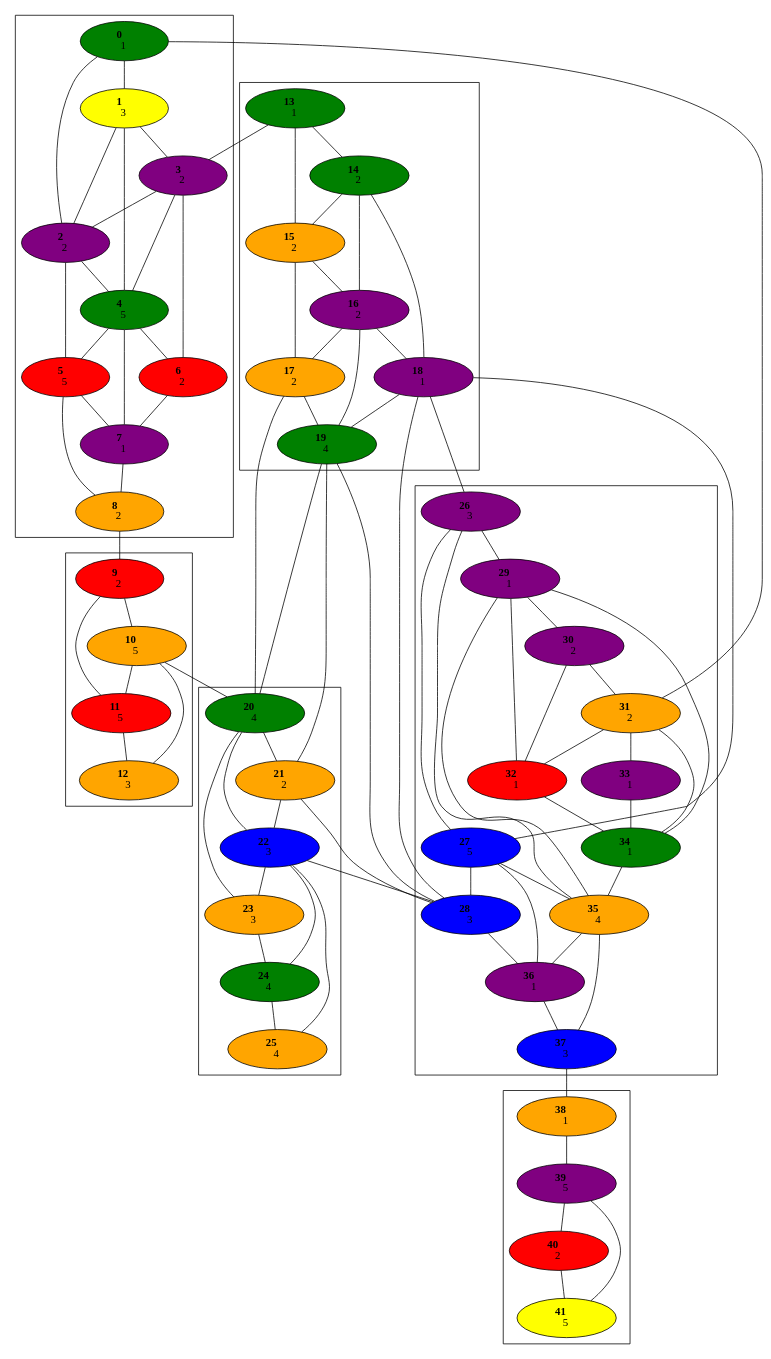
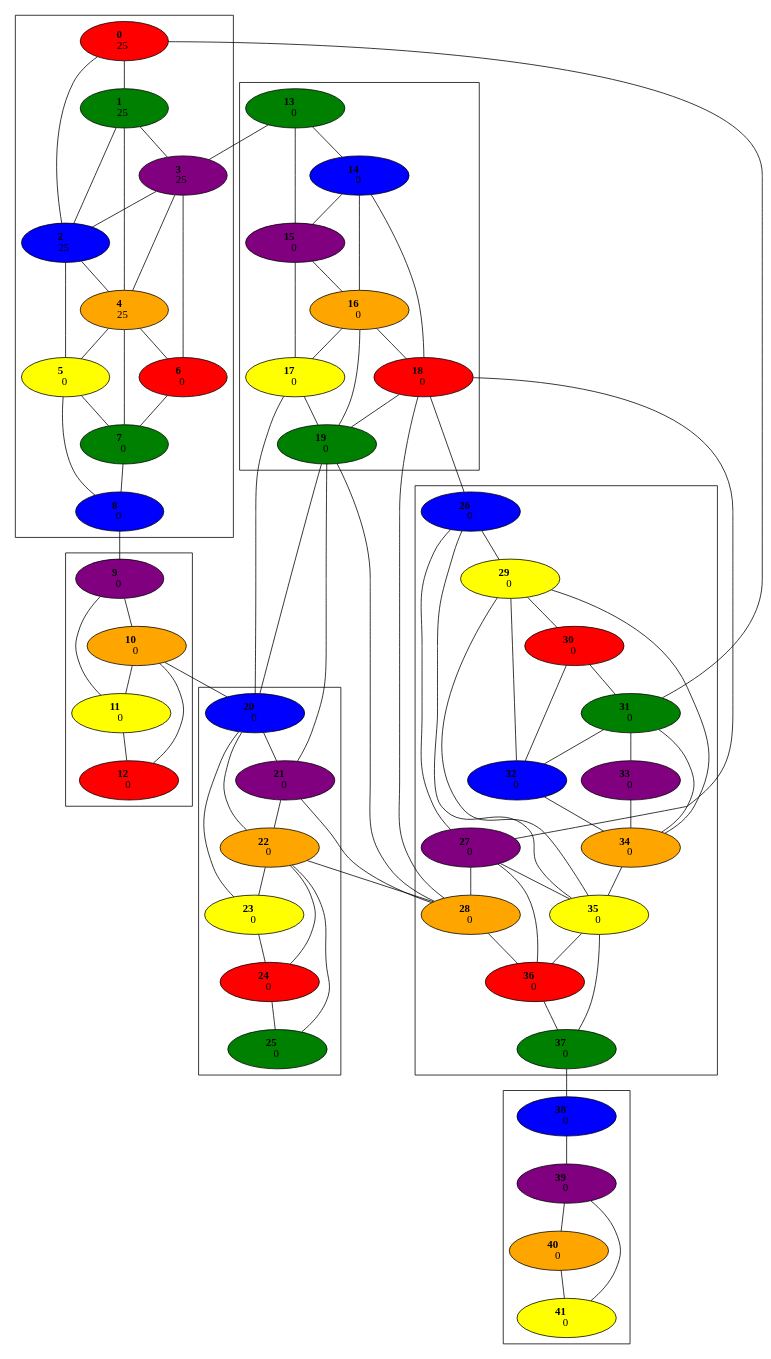
Before and after one commit to jsf2408/Risk: the diagram in Graph.gv, drawn with Graphviz. The commit also changed 1 other file, not shown here.

```diff
--- a/Graph.gv
+++ b/Graph.gv
@@ -136,88 +136,88 @@
 	39 -- 40
 	39 -- 41
 	40 -- 41
-	0 [fillcolor=green style=filled]
-	1 [fillcolor=yellow style=filled]
-	2 [fillcolor=purple style=filled]
+	0 [fillcolor=red style=filled]
+	1 [fillcolor=green style=filled]
+	2 [fillcolor=blue style=filled]
 	3 [fillcolor=purple style=filled]
-	4 [fillcolor=green style=filled]
-	5 [fillcolor=red style=filled]
+	4 [fillcolor=orange style=filled]
+	5 [fillcolor=yellow style=filled]
 	6 [fillcolor=red style=filled]
-	7 [fillcolor=purple style=filled]
-	8 [fillcolor=orange style=filled]
-	9 [fillcolor=red style=filled]
+	7 [fillcolor=green style=filled]
+	8 [fillcolor=blue style=filled]
+	9 [fillcolor=purple style=filled]
 	10 [fillcolor=orange style=filled]
-	11 [fillcolor=red style=filled]
-	12 [fillcolor=orange style=filled]
+	11 [fillcolor=yellow style=filled]
+	12 [fillcolor=red style=filled]
 	13 [fillcolor=green style=filled]
-	14 [fillcolor=green style=filled]
-	15 [fillcolor=orange style=filled]
-	16 [fillcolor=purple style=filled]
-	17 [fillcolor=orange style=filled]
-	18 [fillcolor=purple style=filled]
+	14 [fillcolor=blue style=filled]
+	15 [fillcolor=purple style=filled]
+	16 [fillcolor=orange style=filled]
+	17 [fillcolor=yellow style=filled]
+	18 [fillcolor=red style=filled]
 	19 [fillcolor=green style=filled]
-	20 [fillcolor=green style=filled]
-	21 [fillcolor=orange style=filled]
-	22 [fillcolor=blue style=filled]
-	23 [fillcolor=orange style=filled]
-	24 [fillcolor=green style=filled]
-	25 [fillcolor=orange style=filled]
-	26 [fillcolor=purple style=filled]
-	27 [fillcolor=blue style=filled]
-	28 [fillcolor=blue style=filled]
-	29 [fillcolor=purple style=filled]
-	30 [fillcolor=purple style=filled]
-	31 [fillcolor=orange style=filled]
-	32 [fillcolor=red style=filled]
+	20 [fillcolor=blue style=filled]
+	21 [fillcolor=purple style=filled]
+	22 [fillcolor=orange style=filled]
+	23 [fillcolor=yellow style=filled]
+	24 [fillcolor=red style=filled]
+	25 [fillcolor=green style=filled]
+	26 [fillcolor=blue style=filled]
+	27 [fillcolor=purple style=filled]
+	28 [fillcolor=orange style=filled]
+	29 [fillcolor=yellow style=filled]
+	30 [fillcolor=red style=filled]
+	31 [fillcolor=green style=filled]
+	32 [fillcolor=blue style=filled]
 	33 [fillcolor=purple style=filled]
-	34 [fillcolor=green style=filled]
-	35 [fillcolor=orange style=filled]
-	36 [fillcolor=purple style=filled]
-	37 [fillcolor=blue style=filled]
-	38 [fillcolor=orange style=filled]
+	34 [fillcolor=orange style=filled]
+	35 [fillcolor=yellow style=filled]
+	36 [fillcolor=red style=filled]
+	37 [fillcolor=green style=filled]
+	38 [fillcolor=blue style=filled]
 	39 [fillcolor=purple style=filled]
-	40 [fillcolor=red style=filled]
+	40 [fillcolor=orange style=filled]
 	41 [fillcolor=yellow style=filled]
-	0 [label=< <b>      0    </b> <br/>1>]
-	1 [label=< <b>      1    </b> <br/>3>]
-	2 [label=< <b>      2    </b> <br/>2>]
-	3 [label=< <b>      3    </b> <br/>2>]
-	4 [label=< <b>      4    </b> <br/>5>]
-	5 [label=< <b>      5    </b> <br/>5>]
-	6 [label=< <b>      6    </b> <br/>2>]
-	7 [label=< <b>      7    </b> <br/>1>]
-	8 [label=< <b>      8    </b> <br/>2>]
-	9 [label=< <b>      9    </b> <br/>2>]
-	10 [label=< <b>      10    </b> <br/>5>]
-	11 [label=< <b>      11    </b> <br/>5>]
-	12 [label=< <b>      12    </b> <br/>3>]
-	13 [label=< <b>      13    </b> <br/>1>]
-	14 [label=< <b>      14    </b> <br/>2>]
-	15 [label=< <b>      15    </b> <br/>2>]
-	16 [label=< <b>      16    </b> <br/>2>]
-	17 [label=< <b>      17    </b> <br/>2>]
-	18 [label=< <b>      18    </b> <br/>1>]
-	19 [label=< <b>      19    </b> <br/>4>]
-	20 [label=< <b>      20    </b> <br/>4>]
-	21 [label=< <b>      21    </b> <br/>2>]
-	22 [label=< <b>      22    </b> <br/>3>]
-	23 [label=< <b>      23    </b> <br/>3>]
-	24 [label=< <b>      24    </b> <br/>4>]
-	25 [label=< <b>      25    </b> <br/>4>]
-	26 [label=< <b>      26    </b> <br/>3>]
-	27 [label=< <b>      27    </b> <br/>5>]
-	28 [label=< <b>      28    </b> <br/>3>]
-	29 [label=< <b>      29    </b> <br/>1>]
-	30 [label=< <b>      30    </b> <br/>2>]
-	31 [label=< <b>      31    </b> <br/>2>]
-	32 [label=< <b>      32    </b> <br/>1>]
-	33 [label=< <b>      33    </b> <br/>1>]
-	34 [label=< <b>      34    </b> <br/>1>]
-	35 [label=< <b>      35    </b> <br/>4>]
-	36 [label=< <b>      36    </b> <br/>1>]
-	37 [label=< <b>      37    </b> <br/>3>]
-	38 [label=< <b>      38    </b> <br/>1>]
-	39 [label=< <b>      39    </b> <br/>5>]
-	40 [label=< <b>      40    </b> <br/>2>]
-	41 [label=< <b>      41    </b> <br/>5>]
+	0 [label=< <b>      0    </b> <br/>25>]
+	1 [label=< <b>      1    </b> <br/>25>]
+	2 [label=< <b>      2    </b> <br/>25>]
+	3 [label=< <b>      3    </b> <br/>25>]
+	4 [label=< <b>      4    </b> <br/>25>]
+	5 [label=< <b>      5    </b> <br/>0>]
+	6 [label=< <b>      6    </b> <br/>0>]
+	7 [label=< <b>      7    </b> <br/>0>]
+	8 [label=< <b>      8    </b> <br/>0>]
+	9 [label=< <b>      9    </b> <br/>0>]
+	10 [label=< <b>      10    </b> <br/>0>]
+	11 [label=< <b>      11    </b> <br/>0>]
+	12 [label=< <b>      12    </b> <br/>0>]
+	13 [label=< <b>      13    </b> <br/>0>]
+	14 [label=< <b>      14    </b> <br/>0>]
+	15 [label=< <b>      15    </b> <br/>0>]
+	16 [label=< <b>      16    </b> <br/>0>]
+	17 [label=< <b>      17    </b> <br/>0>]
+	18 [label=< <b>      18    </b> <br/>0>]
+	19 [label=< <b>      19    </b> <br/>0>]
+	20 [label=< <b>      20    </b> <br/>0>]
+	21 [label=< <b>      21    </b> <br/>0>]
+	22 [label=< <b>      22    </b> <br/>0>]
+	23 [label=< <b>      23    </b> <br/>0>]
+	24 [label=< <b>      24    </b> <br/>0>]
+	25 [label=< <b>      25    </b> <br/>0>]
+	26 [label=< <b>      26    </b> <br/>0>]
+	27 [label=< <b>      27    </b> <br/>0>]
+	28 [label=< <b>      28    </b> <br/>0>]
+	29 [label=< <b>      29    </b> <br/>0>]
+	30 [label=< <b>      30    </b> <br/>0>]
+	31 [label=< <b>      31    </b> <br/>0>]
+	32 [label=< <b>      32    </b> <br/>0>]
+	33 [label=< <b>      33    </b> <br/>0>]
+	34 [label=< <b>      34    </b> <br/>0>]
+	35 [label=< <b>      35    </b> <br/>0>]
+	36 [label=< <b>      36    </b> <br/>0>]
+	37 [label=< <b>      37    </b> <br/>0>]
+	38 [label=< <b>      38    </b> <br/>0>]
+	39 [label=< <b>      39    </b> <br/>0>]
+	40 [label=< <b>      40    </b> <br/>0>]
+	41 [label=< <b>      41    </b> <br/>0>]
 }
```
